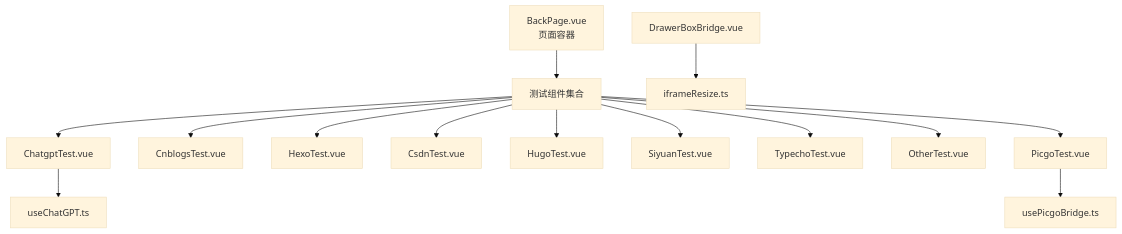
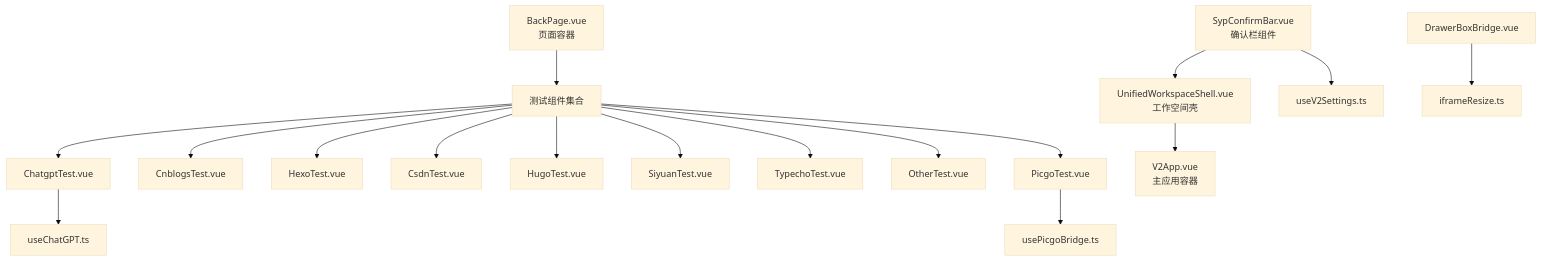
The second of 8 diagrams in .qoder/repowiki/zh/content/用户界面组件/通用组件.md (terwer/siyuan-plugin-publisher), drawn with Mermaid (base theme) before and after one commit. The commit also changed other lines of this file and 25 other files, not shown here.

````diff
--- a/.qoder/repowiki/zh/content/用户界面组件/通用组件.md
+++ b/.qoder/repowiki/zh/content/用户界面组件/通用组件.md
@@ -135,16 +165,19 @@
 ```mermaid
 graph TB
 BP["BackPage.vue<br/>页面容器"] --> TST["测试组件集合"]
+SCB["SypConfirmBar.vue<br/>确认栏组件"] --> UWS["UnifiedWorkspaceShell.vue<br/>工作空间壳"]
+UWS --> V2APP["V2App.vue<br/>主应用容器"]
 TST --> CGPT["ChatgptTest.vue"]
 TST --> CNB["CnblogsTest.vue"]
 TST --> HEXO["HexoTest.vue"]
 TST --> CSDN["CsdnTest.vue"]
 TST --> HUGO["HugoTest.vue"]
 TST --> SIY["SiyuanTest.vue"]
 TST --> TYPE["TypechoTest.vue"]
 TST --> OTHER["OtherTest.vue"]
 TST --> PICGO["PicgoTest.vue"]
 CGPT --> UC["useChatGPT.ts"]
 PICGO --> UP["usePicgoBridge.ts"]
 DBB["DrawerBoxBridge.vue"] --> IFD["iframeResize.ts"]
+SCB --> UV2S["useV2Settings.ts"]
 ```
````
